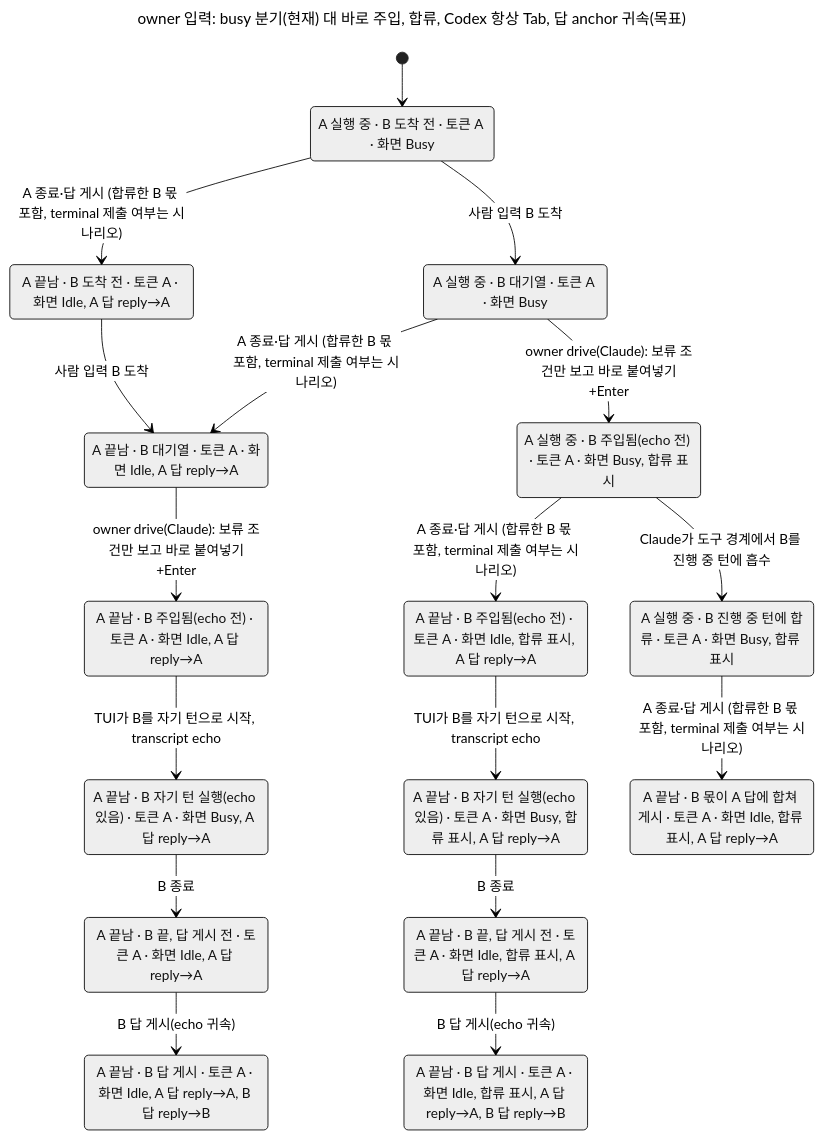
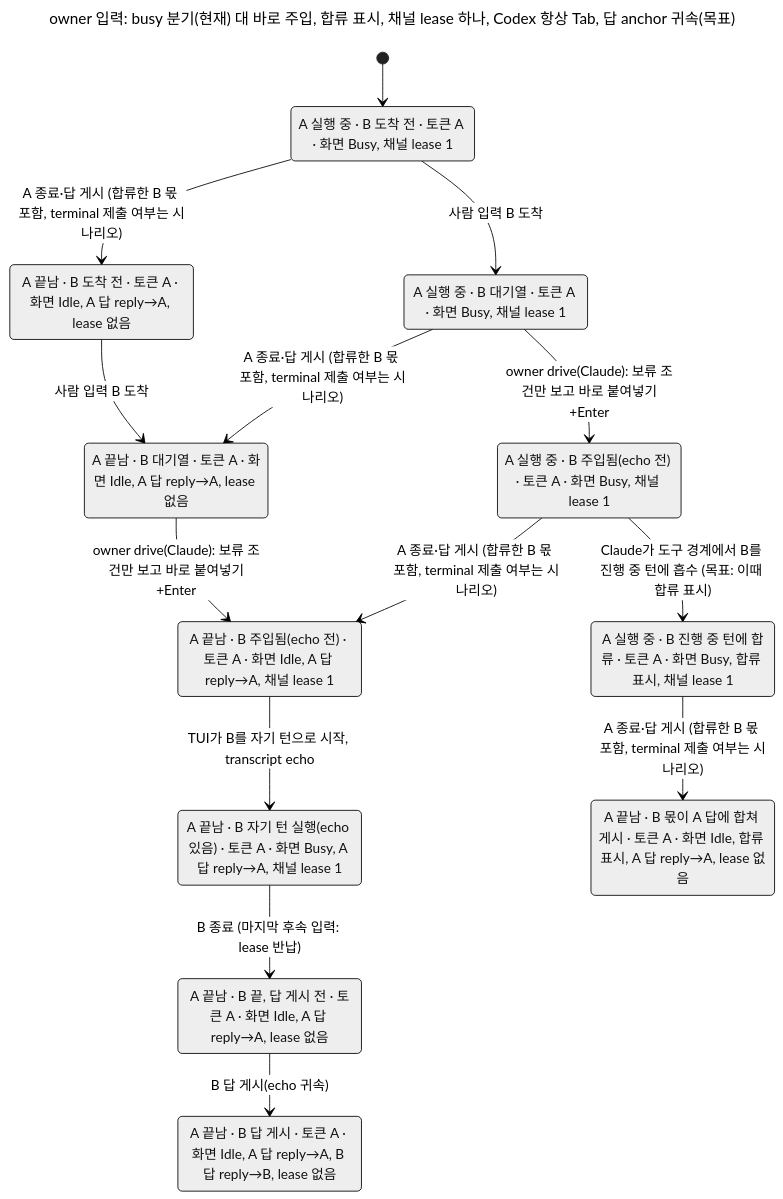
One commit to itismyfield/AgentDesk changed the diagram in docs/statecharts/input-single-path/owner-input-busy-split.target-8432.chart.mmd. Above: the diagram before and after it, drawn with Mermaid (neutral theme). The commit also changed 46 other files, not shown here.

First line of the commit message:
docs(design): #8328 1단계 설계 w3 — 채널 lease 하나, transcript 없는 Claude 키, 흡수 뒤 합류 표시

```diff
--- a/docs/statecharts/input-single-path/owner-input-busy-split.target-8432.chart.mmd
+++ b/docs/statecharts/input-single-path/owner-input-busy-split.target-8432.chart.mmd
@@ -1,35 +1,28 @@
 ---
-title: "owner 입력: busy 분기(현재) 대 바로 주입, 합류, Codex 항상 Tab, 답 anchor 귀속(목표)"
+title: "owner 입력: busy 분기(현재) 대 바로 주입, 합류 표시, 채널 lease 하나, Codex 항상 Tab, 답 anchor 귀속(목표)"
 ---
 stateDiagram-v2
-  s0: A 실행 중 #183; B 도착 전 #183; 토큰 A #183; 화면 Busy
-  s1: A 끝남 #183; B 도착 전 #183; 토큰 A #183; 화면 Idle, A 답 reply#8594;A
-  s2: A 실행 중 #183; B 대기열 #183; 토큰 A #183; 화면 Busy
-  s3: A 끝남 #183; B 대기열 #183; 토큰 A #183; 화면 Idle, A 답 reply#8594;A
-  s4: A 실행 중 #183; B 주입됨(echo 전) #183; 토큰 A #183; 화면 Busy, 합류 표시
-  s5: A 끝남 #183; B 주입됨(echo 전) #183; 토큰 A #183; 화면 Idle, A 답 reply#8594;A
-  s6: A 끝남 #183; B 주입됨(echo 전) #183; 토큰 A #183; 화면 Idle, 합류 표시, A 답 reply#8594;A
-  s7: A 실행 중 #183; B 진행 중 턴에 합류 #183; 토큰 A #183; 화면 Busy, 합류 표시
-  s8: A 끝남 #183; B 몫이 A 답에 합쳐 게시 #183; 토큰 A #183; 화면 Idle, 합류 표시, A 답 reply#8594;A
-  s9: A 끝남 #183; B 자기 턴 실행(echo 있음) #183; 토큰 A #183; 화면 Busy, A 답 reply#8594;A
-  s10: A 끝남 #183; B 자기 턴 실행(echo 있음) #183; 토큰 A #183; 화면 Busy, 합류 표시, A 답 reply#8594;A
-  s11: A 끝남 #183; B 끝, 답 게시 전 #183; 토큰 A #183; 화면 Idle, A 답 reply#8594;A
-  s12: A 끝남 #183; B 끝, 답 게시 전 #183; 토큰 A #183; 화면 Idle, 합류 표시, A 답 reply#8594;A
-  s13: A 끝남 #183; B 답 게시 #183; 토큰 A #183; 화면 Idle, A 답 reply#8594;A, B 답 reply#8594;B
-  s14: A 끝남 #183; B 답 게시 #183; 토큰 A #183; 화면 Idle, 합류 표시, A 답 reply#8594;A, B 답 reply#8594;B
+  s0: A 실행 중 #183; B 도착 전 #183; 토큰 A #183; 화면 Busy, 채널 lease 1
+  s1: A 끝남 #183; B 도착 전 #183; 토큰 A #183; 화면 Idle, A 답 reply#8594;A, lease 없음
+  s2: A 실행 중 #183; B 대기열 #183; 토큰 A #183; 화면 Busy, 채널 lease 1
+  s3: A 끝남 #183; B 대기열 #183; 토큰 A #183; 화면 Idle, A 답 reply#8594;A, lease 없음
+  s4: A 실행 중 #183; B 주입됨(echo 전) #183; 토큰 A #183; 화면 Busy, 채널 lease 1
+  s5: A 끝남 #183; B 주입됨(echo 전) #183; 토큰 A #183; 화면 Idle, A 답 reply#8594;A, 채널 lease 1
+  s6: A 실행 중 #183; B 진행 중 턴에 합류 #183; 토큰 A #183; 화면 Busy, 합류 표시, 채널 lease 1
+  s7: A 끝남 #183; B 몫이 A 답에 합쳐 게시 #183; 토큰 A #183; 화면 Idle, 합류 표시, A 답 reply#8594;A, lease 없음
+  s8: A 끝남 #183; B 자기 턴 실행(echo 있음) #183; 토큰 A #183; 화면 Busy, A 답 reply#8594;A, 채널 lease 1
+  s9: A 끝남 #183; B 끝, 답 게시 전 #183; 토큰 A #183; 화면 Idle, A 답 reply#8594;A, lease 없음
+  s10: A 끝남 #183; B 답 게시 #183; 토큰 A #183; 화면 Idle, A 답 reply#8594;A, B 답 reply#8594;B, lease 없음
   [*] --> s0
   s0 --> s1: A 종료#183;답 게시 (합류한 B 몫 포함, terminal 제출 여부는 시나리오)
   s0 --> s2: 사람 입력 B 도착
   s1 --> s3: 사람 입력 B 도착
   s2 --> s3: A 종료#183;답 게시 (합류한 B 몫 포함, terminal 제출 여부는 시나리오)
   s2 --> s4: owner drive(Claude): 보류 조건만 보고 바로 붙여넣기+Enter
   s3 --> s5: owner drive(Claude): 보류 조건만 보고 바로 붙여넣기+Enter
-  s4 --> s6: A 종료#183;답 게시 (합류한 B 몫 포함, terminal 제출 여부는 시나리오)
-  s4 --> s7: Claude가 도구 경계에서 B를 진행 중 턴에 흡수
-  s5 --> s9: TUI가 B를 자기 턴으로 시작, transcript echo
-  s6 --> s10: TUI가 B를 자기 턴으로 시작, transcript echo
-  s7 --> s8: A 종료#183;답 게시 (합류한 B 몫 포함, terminal 제출 여부는 시나리오)
-  s9 --> s11: B 종료
-  s10 --> s12: B 종료
-  s11 --> s13: B 답 게시(echo 귀속)
-  s12 --> s14: B 답 게시(echo 귀속)
+  s4 --> s5: A 종료#183;답 게시 (합류한 B 몫 포함, terminal 제출 여부는 시나리오)
+  s4 --> s6: Claude가 도구 경계에서 B를 진행 중 턴에 흡수 (목표: 이때 합류 표시)
+  s5 --> s8: TUI가 B를 자기 턴으로 시작, transcript echo
+  s6 --> s7: A 종료#183;답 게시 (합류한 B 몫 포함, terminal 제출 여부는 시나리오)
+  s8 --> s9: B 종료 (마지막 후속 입력: lease 반납)
+  s9 --> s10: B 답 게시(echo 귀속)
```
